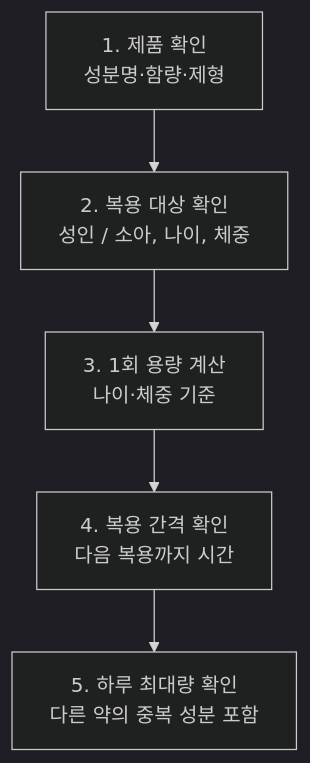
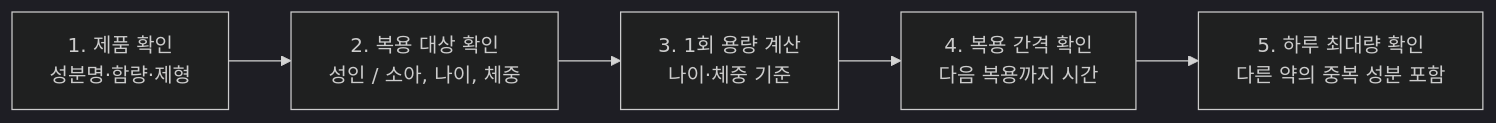
The first of 2 diagrams in dosage.md (gwbyun0408/team7), drawn with Mermaid (dark theme) before and after one commit.

Commit message:
Fix - 차트 위치 수정
차트가 세로로 있는것은 가독성이 안좋은 것 같아서 차트를 가로로 되어있도록 수정함.
(flowchart TD -> flowchart LR)

````diff
--- a/dosage.md
+++ b/dosage.md
@@ -20,7 +20,7 @@
 ```mermaid
-flowchart TD
+flowchart LR
     A[1. 제품 확인<br/>성분명·함량·제형] --> B[2. 복용 대상 확인<br/>성인 / 소아, 나이, 체중]
     B --> C[3. 1회 용량 계산<br/>나이·체중 기준]
     C --> D[4. 복용 간격 확인<br/>다음 복용까지 시간]
     D --> E[5. 하루 최대량 확인<br/>다른 약의 중복 성분 포함]
 ```
````
